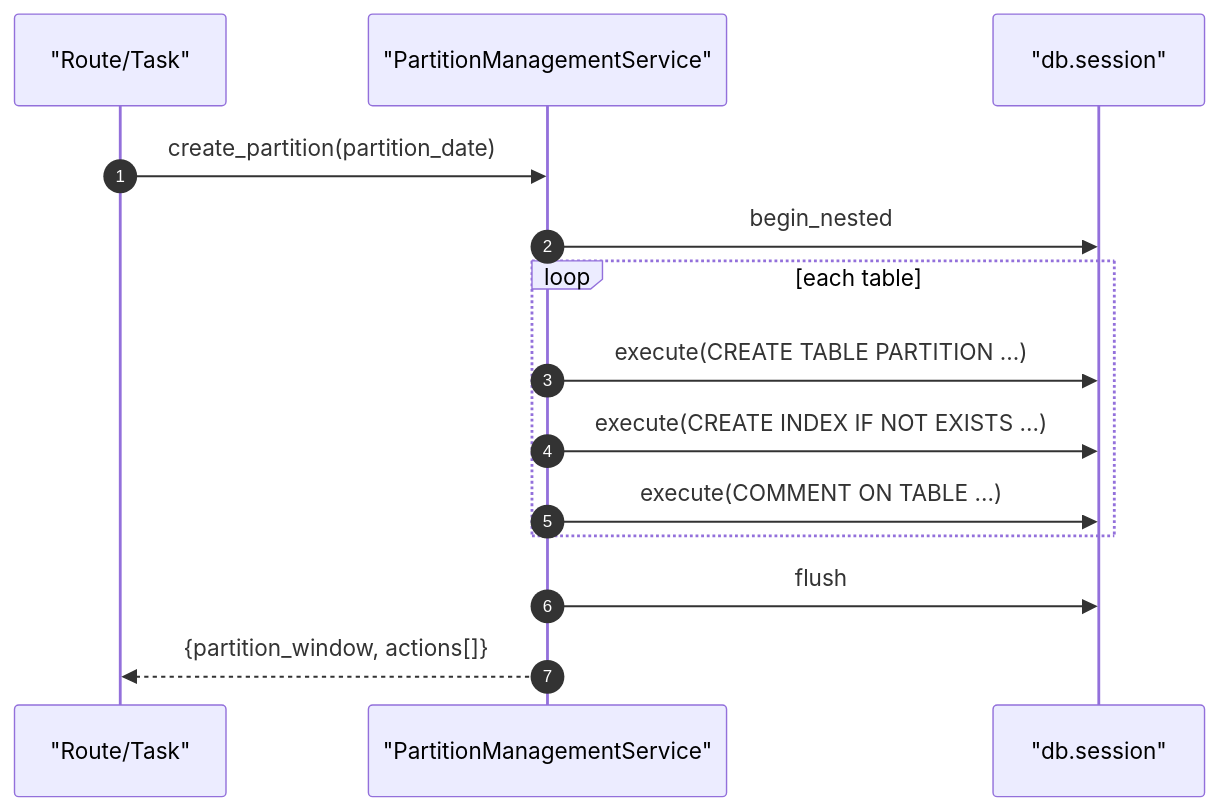
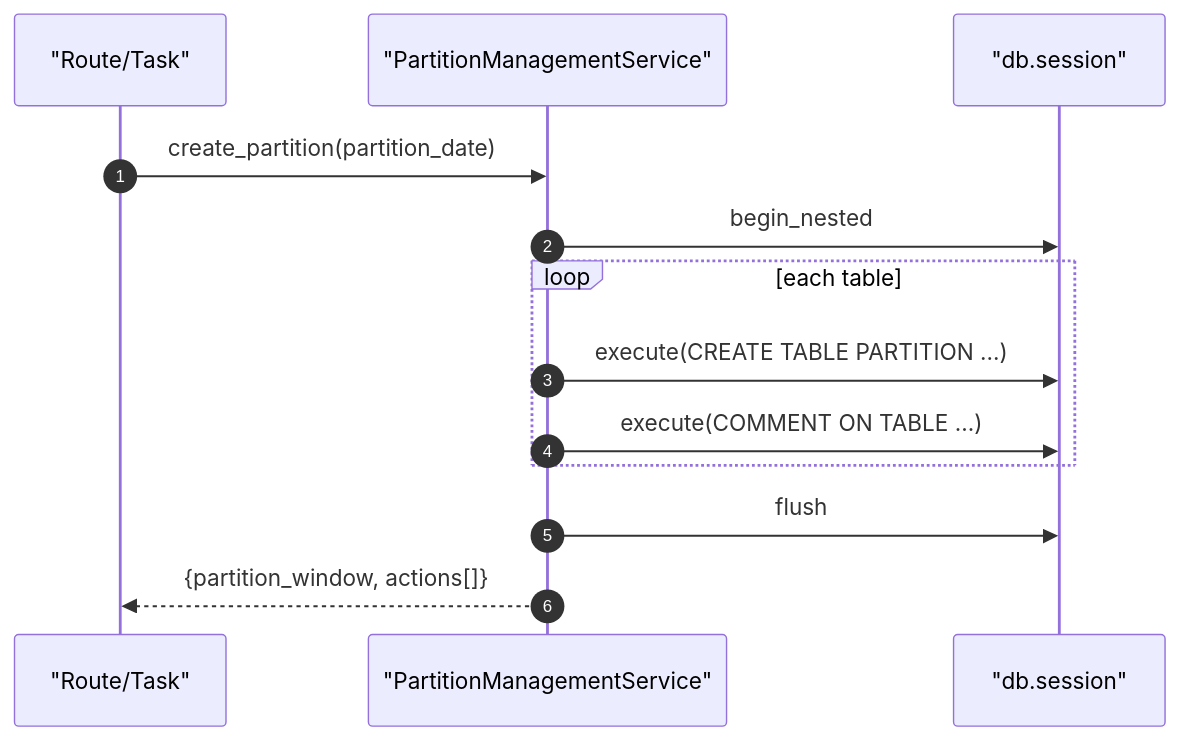
Before and after one commit to nyealovey/WhaleFall: the second of 2 diagrams in docs/Obsidian/Server/partition-services.md, drawn with Mermaid. The commit also changed other lines of this file and 24 other files, not shown here.

````diff
--- a/docs/Obsidian/Server/partition-services.md
+++ b/docs/Obsidian/Server/partition-services.md
@@ -86,16 +83,15 @@
 ```mermaid
 sequenceDiagram
     autonumber
     participant Caller as "Route/Task"
     participant Svc as "PartitionManagementService"
     participant DB as "db.session"
     Caller->>Svc: create_partition(partition_date)
     Svc->>DB: begin_nested
     loop each table
         Svc->>DB: execute(CREATE TABLE PARTITION ...)
-        Svc->>DB: execute(CREATE INDEX IF NOT EXISTS ...)
         Svc->>DB: execute(COMMENT ON TABLE ...)
     end
     Svc->>DB: flush
     Svc-->>Caller: {partition_window, actions[]}
 ```
````
